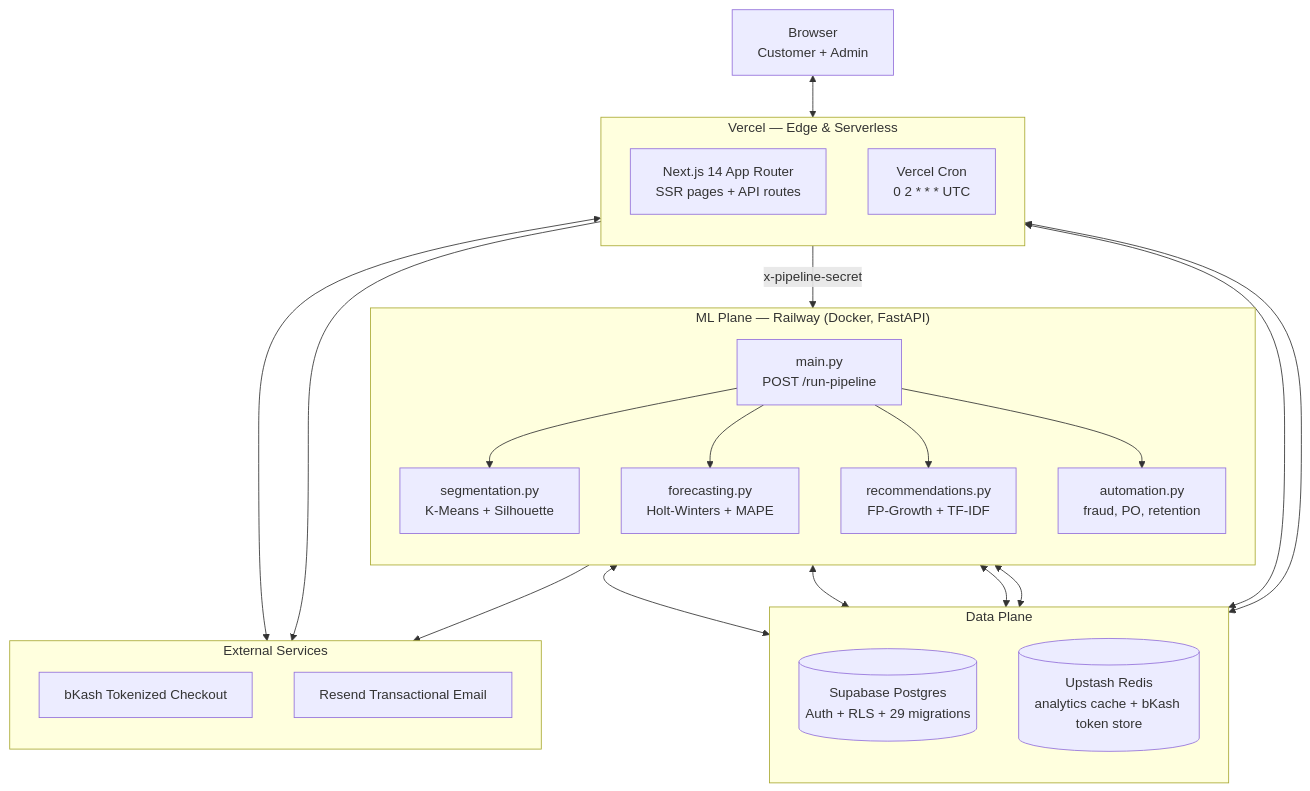
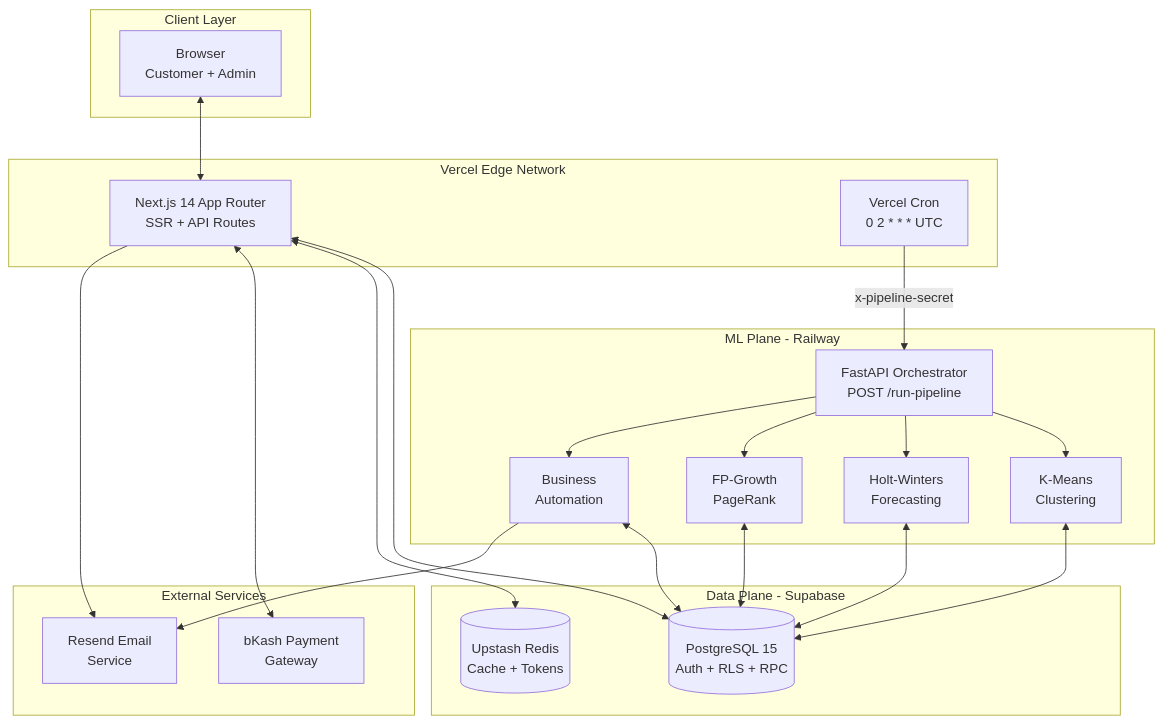
One commit to bushrakhandoker708/bushal changed the first of 5 diagrams in README.md. Above: the diagram before and after it, drawn with Mermaid. The commit also changed other lines of this file and 65 other files, not shown here.

````diff
--- a/README.md
+++ b/README.md
@@ -69,47 +61,47 @@
 ```mermaid
 flowchart TB
-    Browser["Browser<br/>Customer + Admin"]
-
-    subgraph Vercel["Vercel — Edge & Serverless"]
-        direction TB
-        NextApp["Next.js 14 App Router<br/>SSR pages + API routes"]
-        VCron["Vercel Cron<br/>0 2 * * * UTC"]
+    subgraph Client["Client Layer"]
+        Browser[Browser<br/>Customer + Admin]
     end
-
-    subgraph DataPlane["Data Plane"]
-        direction TB
-        PG[("Supabase Postgres<br/>Auth + RLS + 29 migrations")]
-        Redis[("Upstash Redis<br/>analytics cache + bKash token store")]
+    
+    subgraph Vercel["Vercel Edge Network"]
+        NextApp[Next.js 14 App Router<br/>SSR + API Routes]
+        VCron[Vercel Cron<br/>0 2 * * * UTC]
     end
-
-    subgraph MLPlane["ML Plane — Railway (Docker, FastAPI)"]
-        direction TB
-        Orchestrator["main.py<br/>POST /run-pipeline"]
-        T1["segmentation.py<br/>K-Means + Silhouette"]
-        T2["forecasting.py<br/>Holt-Winters + MAPE"]
-        T3["recommendations.py<br/>FP-Growth + TF-IDF"]
-        T4["automation.py<br/>fraud, PO, retention"]
+    
+    subgraph DataPlane["Data Plane - Supabase"]
+        PG[(PostgreSQL 15<br/>Auth + RLS + RPC)]
+        Redis[(Upstash Redis<br/>Cache + Tokens)]
     end
-
-    subgraph Ext["External Services"]
-        direction TB
-        Bkash["bKash Tokenized Checkout"]
-        Resend["Resend Transactional Email"]
+    
+    subgraph MLPlane["ML Plane - Railway"]
+        Orchestrator[FastAPI Orchestrator<br/>POST /run-pipeline]
+        Segmentation[K-Means<br/>Clustering]
+        Forecasting[Holt-Winters<br/>Forecasting]
+        Recommendations[FP-Growth<br/>PageRank]
+        Automation[Business<br/>Automation]
     end
-
+    
+    subgraph External["External Services"]
+        Bkash[bKash Payment<br/>Gateway]
+        Resend[Resend Email<br/>Service]
+    end
+    
     Browser <--> NextApp
     NextApp <--> PG
     NextApp <--> Redis
     NextApp <--> Bkash
     NextApp --> Resend
+    
     VCron -->|"x-pipeline-secret"| Orchestrator
-    Orchestrator --> T1
-    Orchestrator --> T2
-    Orchestrator --> T3
-    Orchestrator --> T4
-    T1 <--> PG
-    T2 <--> PG
-    T3 <--> PG
-    T4 <--> PG
-    T4 --> Resend
+    Orchestrator --> Segmentation
+    Orchestrator --> Forecasting
+    Orchestrator --> Recommendations
+    Orchestrator --> Automation
+    
+    Segmentation <--> PG
+    Forecasting <--> PG
+    Recommendations <--> PG
+    Automation <--> PG
+    Automation --> Resend
 ```
````
